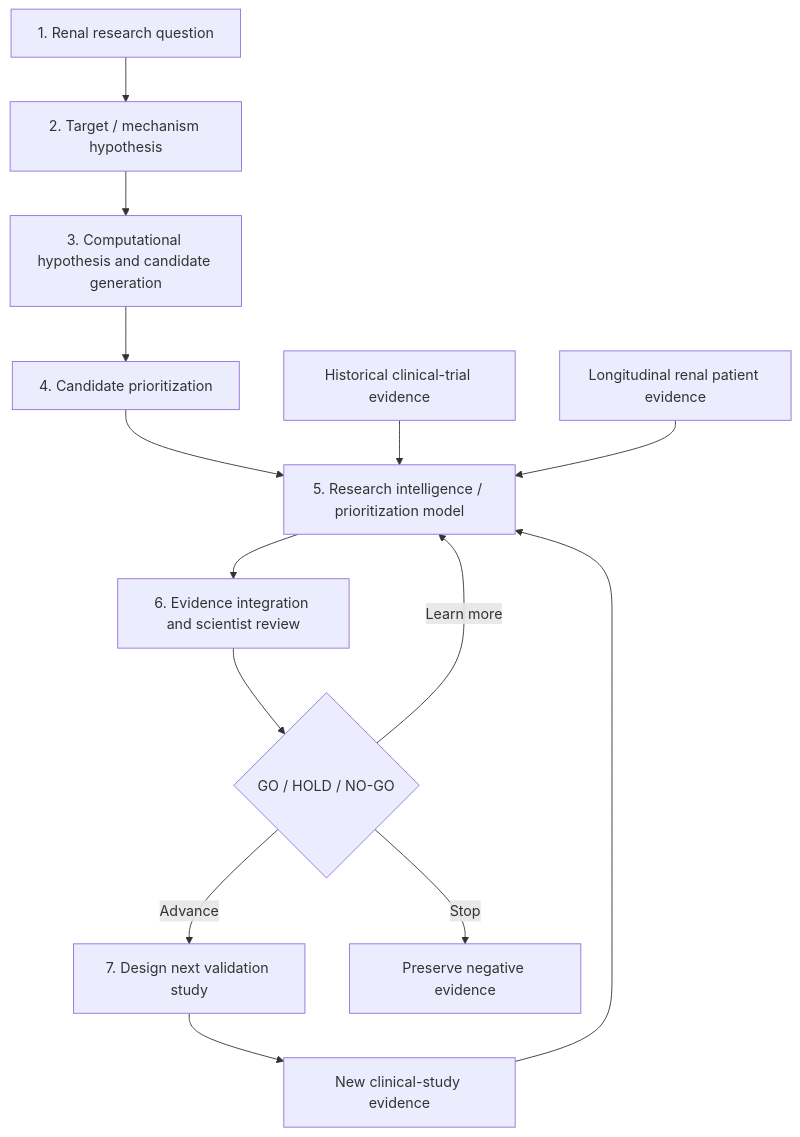
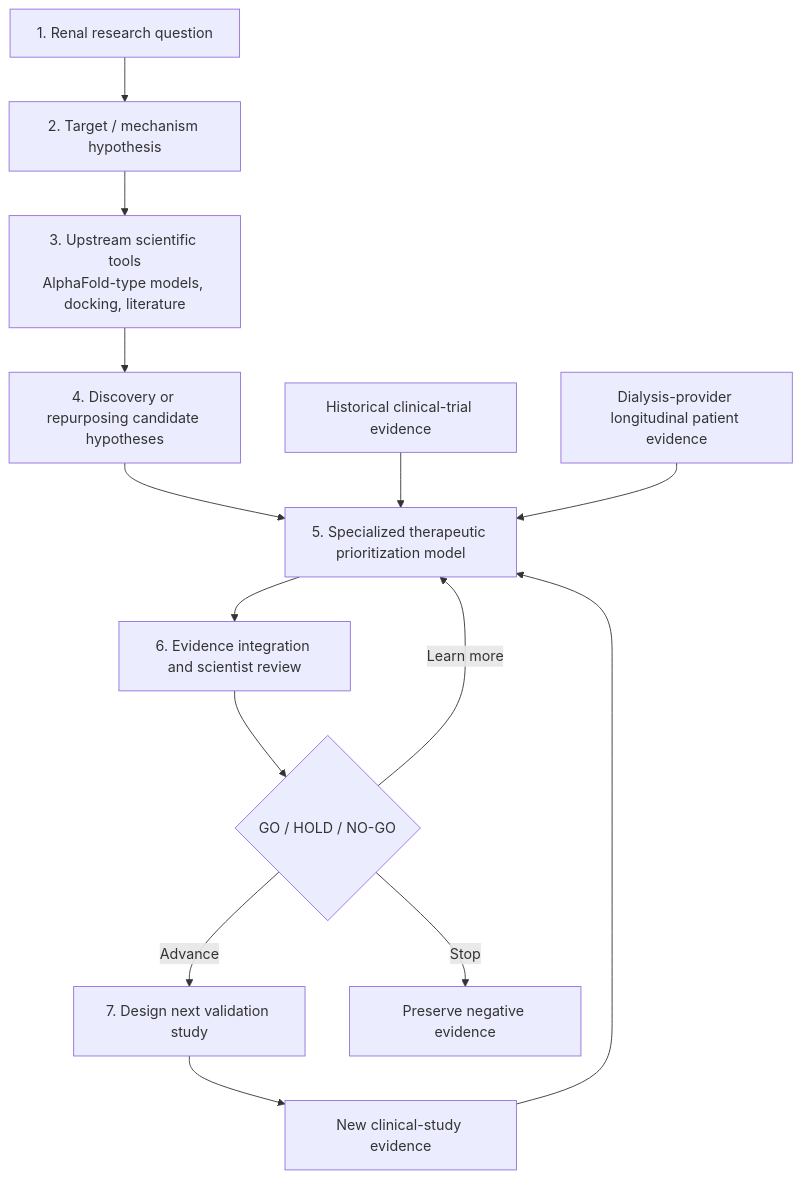
Before and after one commit to fmlin0429712024/synthetic-in-silico-research-loop: the first of 2 diagrams in docs/PIPELINE.md, drawn with Mermaid. The commit also changed other lines of this file and 3 other files, not shown here.

Commit message:
Define renal therapeutics research orchestrator

````diff
--- a/docs/PIPELINE.md
+++ b/docs/PIPELINE.md
@@ -5,16 +5,16 @@
 ```mermaid
 flowchart TD
     A[1. Renal research question] --> B[2. Target / mechanism hypothesis]
-    B --> C[3. Computational hypothesis and candidate generation]
-    C --> D[4. Candidate prioritization]
-    D --> E[5. Research intelligence / prioritization model]
+    B --> C[3. Upstream scientific tools<br/>AlphaFold-type models, docking, literature]
+    C --> D[4. Discovery or repurposing candidate hypotheses]
+    D --> E[5. Specialized therapeutic prioritization model]
     T[Historical clinical-trial evidence] --> E
-    P[Longitudinal renal patient evidence] --> E
+    P[Dialysis-provider longitudinal patient evidence] --> E
     E --> G[6. Evidence integration and scientist review]
     G --> H{GO / HOLD / NO-GO}
     H -->|Advance| I[7. Design next validation study]
     I --> N[New clinical-study evidence]
     N --> E
     H -->|Learn more| E
     H -->|Stop| J[Preserve negative evidence]
 ```
````
